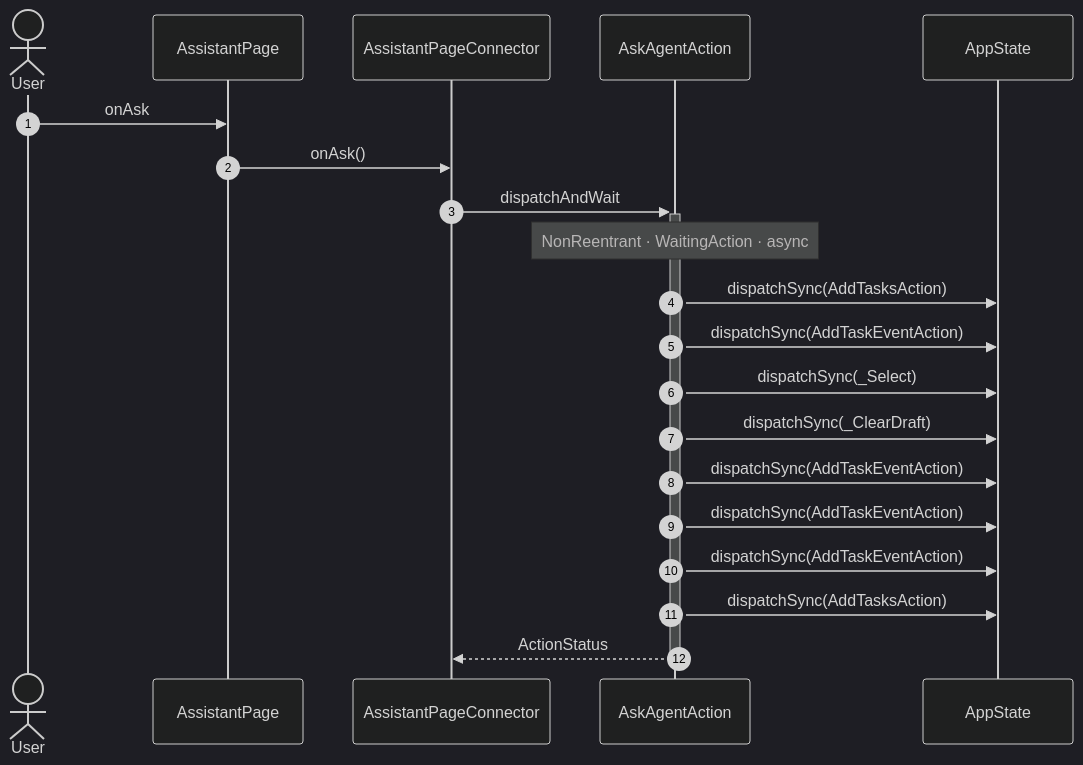
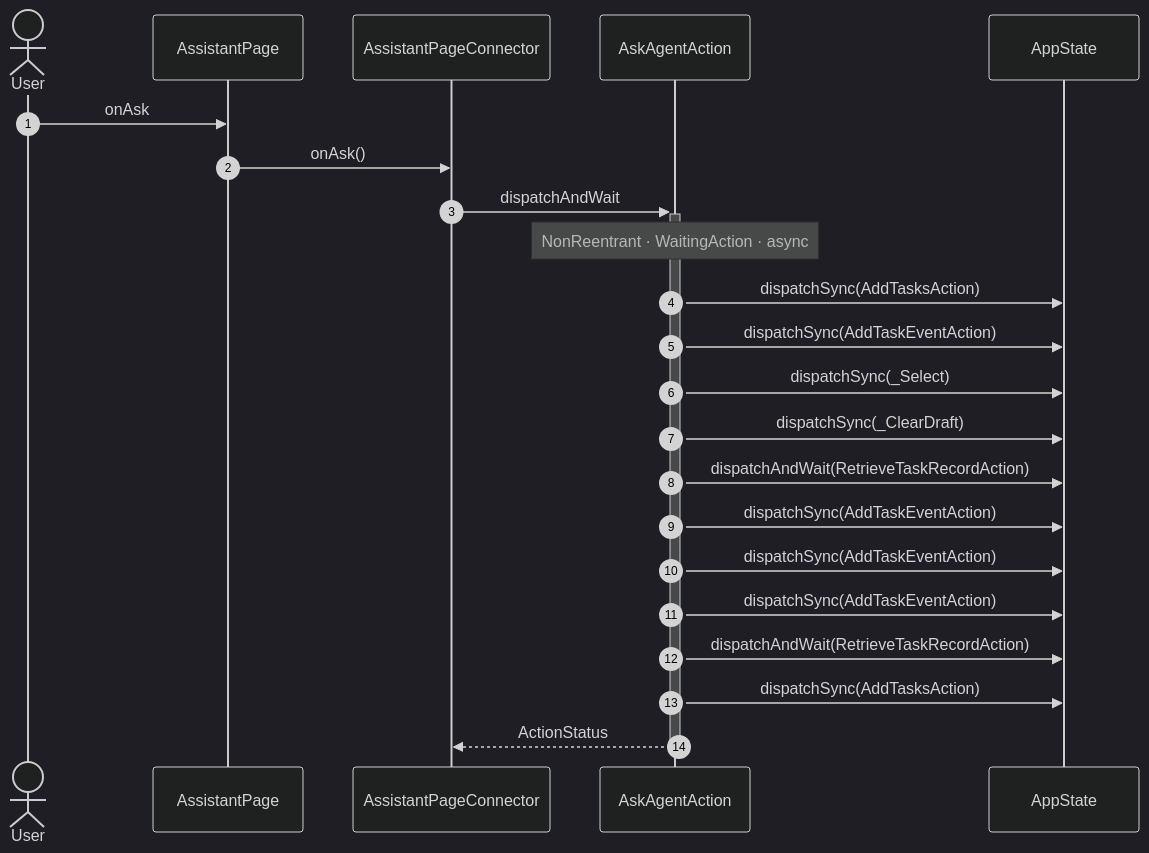
One commit to gencto/wyrm changed the fifth of 8 diagrams in studio/docs/flows/assistant.md. Above: the diagram before and after it, drawn with Mermaid (dark theme). The commit also changed 16 other files, not shown here.

````diff
--- a/studio/docs/flows/assistant.md
+++ b/studio/docs/flows/assistant.md
@@ -108,23 +108,25 @@
 ```mermaid
 sequenceDiagram
     autonumber
     actor User
     participant UI as AssistantPage
     participant VM as AssistantPageConnector
     participant A1 as AskAgentAction
     participant ST as AppState
 
     User->>UI: onAsk
     UI->>VM: onAsk()
     VM->>+A1: dispatchAndWait
     Note over A1: NonReentrant · WaitingAction · async
     A1->>ST: dispatchSync(AddTasksAction)
     A1->>ST: dispatchSync(AddTaskEventAction)
     A1->>ST: dispatchSync(_Select)
     A1->>ST: dispatchSync(_ClearDraft)
+    A1->>ST: dispatchAndWait(RetrieveTaskRecordAction)
     A1->>ST: dispatchSync(AddTaskEventAction)
     A1->>ST: dispatchSync(AddTaskEventAction)
     A1->>ST: dispatchSync(AddTaskEventAction)
+    A1->>ST: dispatchAndWait(RetrieveTaskRecordAction)
     A1->>ST: dispatchSync(AddTasksAction)
     A1-->>-VM: ActionStatus
 ```
````
